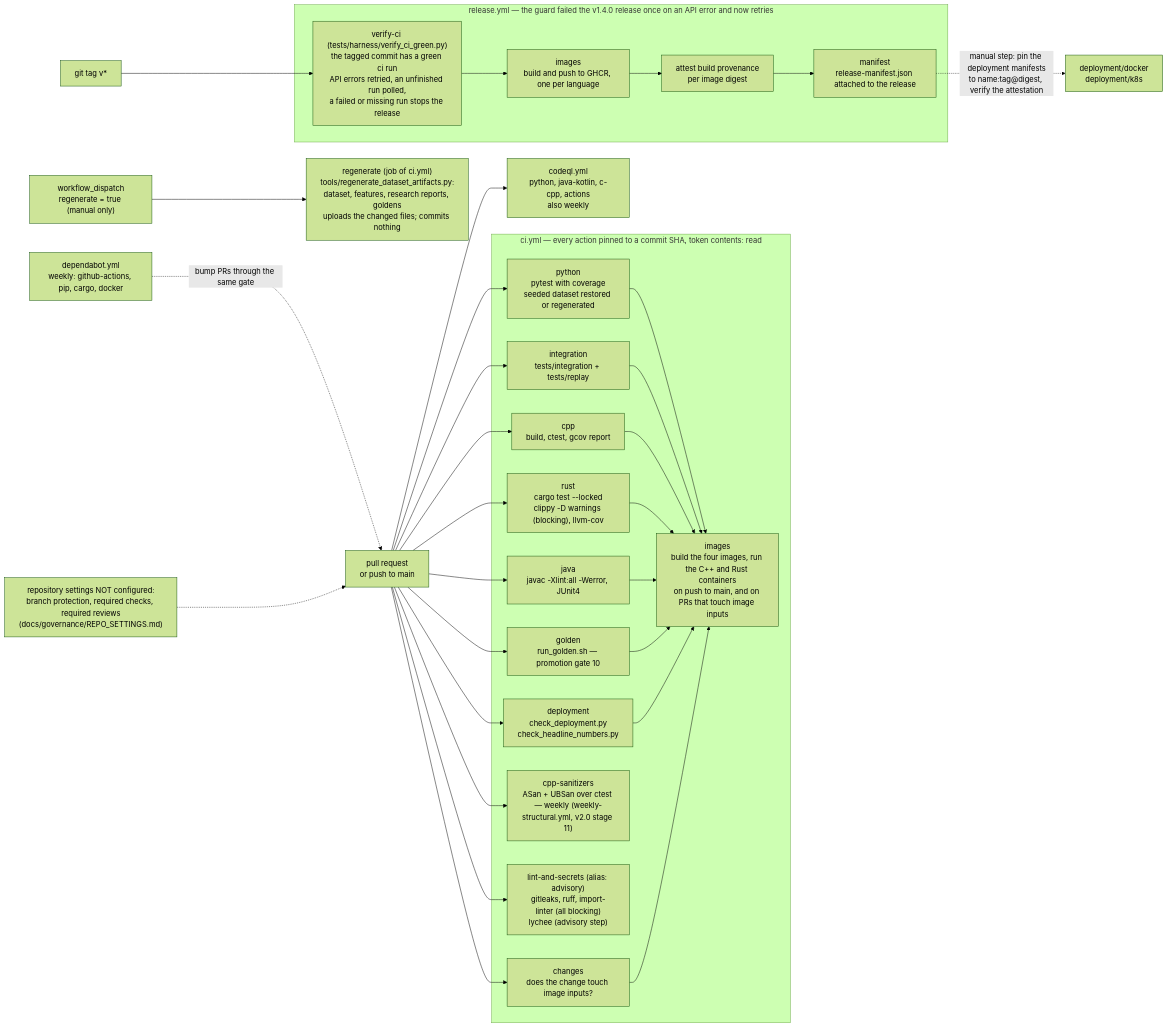
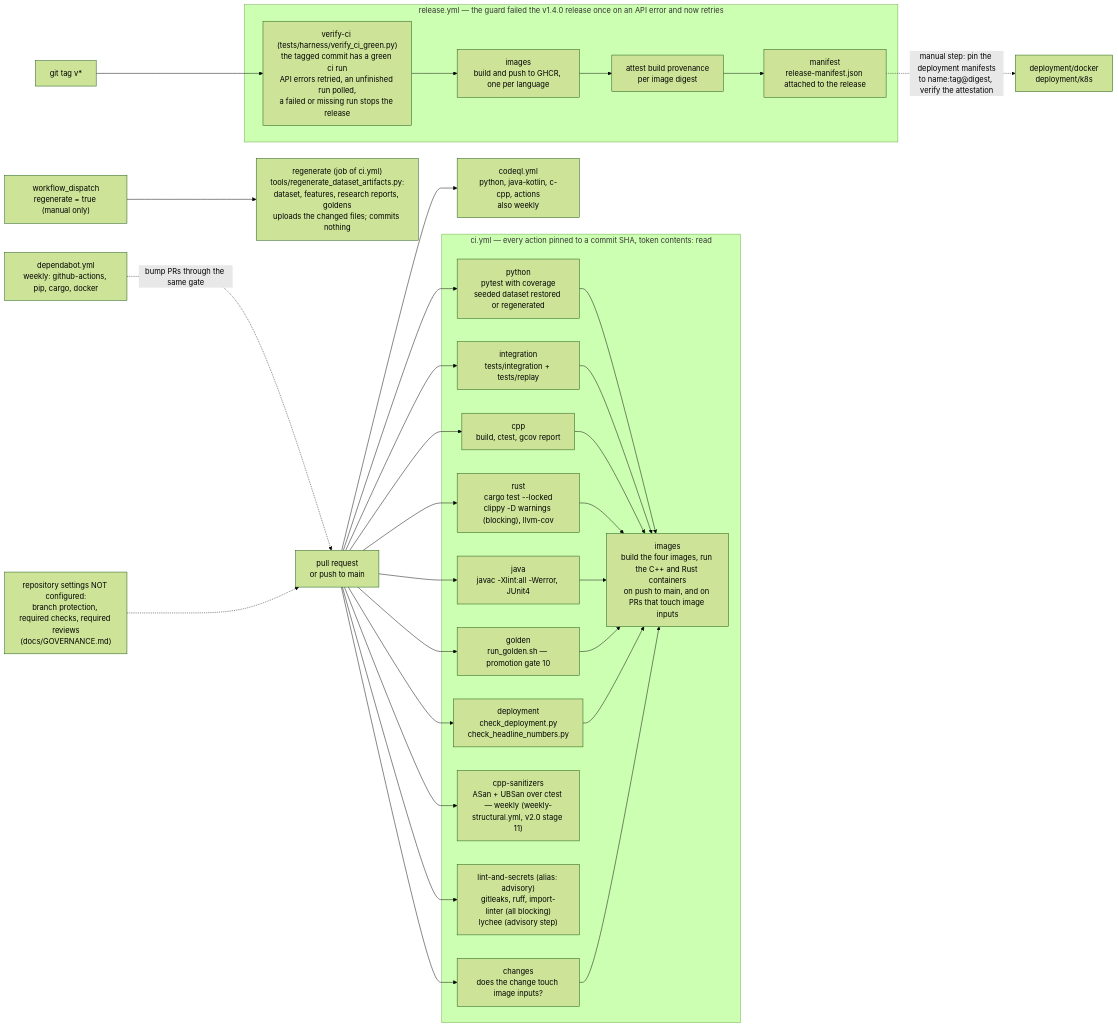
One commit to AshJha0/intraday-alpha-platform changed the diagram in docs/diagrams/ci_release_pipeline.mmd. Above: the diagram before and after it, drawn with Mermaid (forest theme). The commit also changed 255 other files, not shown here.

```diff
--- a/docs/diagrams/ci_release_pipeline.mmd
+++ b/docs/diagrams/ci_release_pipeline.mmd
@@ -1,48 +1,48 @@
 flowchart LR
     %% .github/workflows/{ci,codeql,release}.yml and dependabot.yml as of v1.5.0.
     PR["pull request<br/>or push to main"] --> PY
     PR --> INT
     PR --> CPP
     PR --> RS
     PR --> JV
     PR --> GOLD
     PR --> DEP
     PR --> ASAN
     PR --> ADV
     PR --> CHG
     subgraph CI["ci.yml — every action pinned to a commit SHA, token contents: read"]
         PY["python<br/>pytest with coverage<br/>seeded dataset restored or regenerated"]
         INT["integration<br/>tests/integration + tests/replay"]
         CPP["cpp<br/>build, ctest, gcov report"]
         RS["rust<br/>cargo test --locked<br/>clippy -D warnings (blocking), llvm-cov"]
         JV["java<br/>javac -Xlint:all -Werror, JUnit4"]
         GOLD["golden<br/>run_golden.sh — promotion gate 10"]
         DEP["deployment<br/>check_deployment.py<br/>check_headline_numbers.py"]
         ASAN["cpp-sanitizers<br/>ASan + UBSan over ctest — weekly (weekly-structural.yml, v2.0 stage 11)"]
         ADV["lint-and-secrets (alias: advisory)<br/>gitleaks, ruff, import-linter (all blocking)<br/>lychee (advisory step)"]
         CHG["changes<br/>does the change touch image inputs?"]
         IMG["images<br/>build the four images, run the C++ and Rust containers<br/>on push to main, and on PRs that touch image inputs"]
     end
     PY --> IMG
     INT --> IMG
     CPP --> IMG
     RS --> IMG
     JV --> IMG
     GOLD --> IMG
     DEP --> IMG
     CHG --> IMG
     DISP["workflow_dispatch<br/>regenerate = true (manual only)"] --> REGEN["regenerate (job of ci.yml)<br/>tools/regenerate_dataset_artifacts.py:<br/>dataset, features, research reports, goldens<br/>uploads the changed files; commits nothing"]
     PR --> CQL["codeql.yml<br/>python, java-kotlin, c-cpp, actions<br/>also weekly"]
     DB["dependabot.yml<br/>weekly: github-actions, pip, cargo, docker"] -.->|"bump PRs through the same gate"| PR
     TAG["git tag v*"] --> VER
     subgraph REL["release.yml — the guard failed the v1.4.0 release once on an API error and now retries"]
         VER["verify-ci (tests/harness/verify_ci_green.py)<br/>the tagged commit has a green ci run<br/>API errors retried, an unfinished run polled,<br/>a failed or missing run stops the release"]
         BLD["images<br/>build and push to GHCR, one per language"]
         ATT["attest build provenance<br/>per image digest"]
         MAN["manifest<br/>release-manifest.json attached to the release"]
         VER --> BLD
         BLD --> ATT
         ATT --> MAN
     end
     MAN -.->|"manual step: pin the deployment manifests<br/>to name:tag@digest, verify the attestation"| DEPLOY["deployment/docker<br/>deployment/k8s"]
-    NOTE["repository settings NOT configured:<br/>branch protection, required checks, required reviews<br/>(docs/governance/REPO_SETTINGS.md)"] -.-> PR
+    NOTE["repository settings NOT configured:<br/>branch protection, required checks, required reviews<br/>(docs/GOVERNANCE.md)"] -.-> PR
```
